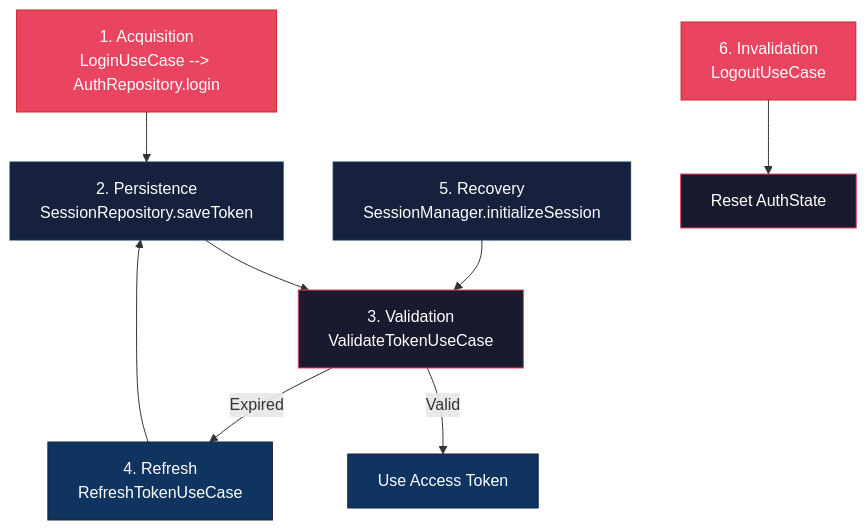
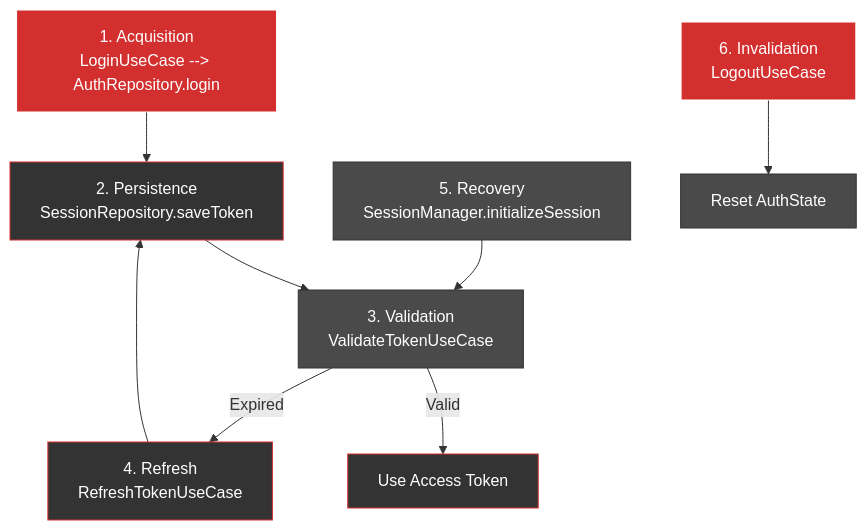
Diagram 12 of 13 in README.md (Rho-Studio/UI-Utils-Rho-Studio), drawn with Mermaid before and after one commit. The commit also changed other lines of this file and 1 other file, not shown here.

````diff
--- a/README.md
+++ b/README.md
@@ -577,24 +621,24 @@
 ```mermaid
 flowchart TD
     A[1. Acquisition<br/>LoginUseCase --> AuthRepository.login]
     B[2. Persistence<br/>SessionRepository.saveToken]
     C[3. Validation<br/>ValidateTokenUseCase]
     D[4. Refresh<br/>RefreshTokenUseCase]
     E[5. Recovery<br/>SessionManager.initializeSession]
     F[6. Invalidation<br/>LogoutUseCase]
     
     A --> B --> C
     C -->|"Valid"| G[Use Access Token]
     C -->|"Expired"| D --> B
     E --> C
     F --> H[Reset AuthState]
     
-    style A fill:#e94560,stroke:#c62828,color:#ffffff
-    style B fill:#16213e,stroke:#0f3460,color:#ffffff
-    style C fill:#1a1a2e,stroke:#e94560,color:#ffffff
-    style D fill:#0f3460,stroke:#16213e,color:#ffffff
-    style E fill:#16213e,stroke:#0f3460,color:#ffffff
-    style F fill:#e94560,stroke:#c62828,color:#ffffff
-    style G fill:#0f3460,stroke:#16213e,color:#ffffff
-    style H fill:#1a1a2e,stroke:#e94560,color:#ffffff
+    style A fill:#D32F2F,stroke:#FFFFFF,color:#FFFFFF
+    style B fill:#333333,stroke:#D32F2F,color:#FFFFFF
+    style C fill:#4A4A4A,stroke:#333333,color:#FFFFFF
+    style D fill:#333333,stroke:#D32F2F,color:#FFFFFF
+    style E fill:#4A4A4A,stroke:#333333,color:#FFFFFF
+    style F fill:#D32F2F,stroke:#FFFFFF,color:#FFFFFF
+    style G fill:#333333,stroke:#D32F2F,color:#FFFFFF
+    style H fill:#4A4A4A,stroke:#333333,color:#FFFFFF
 ```
````
